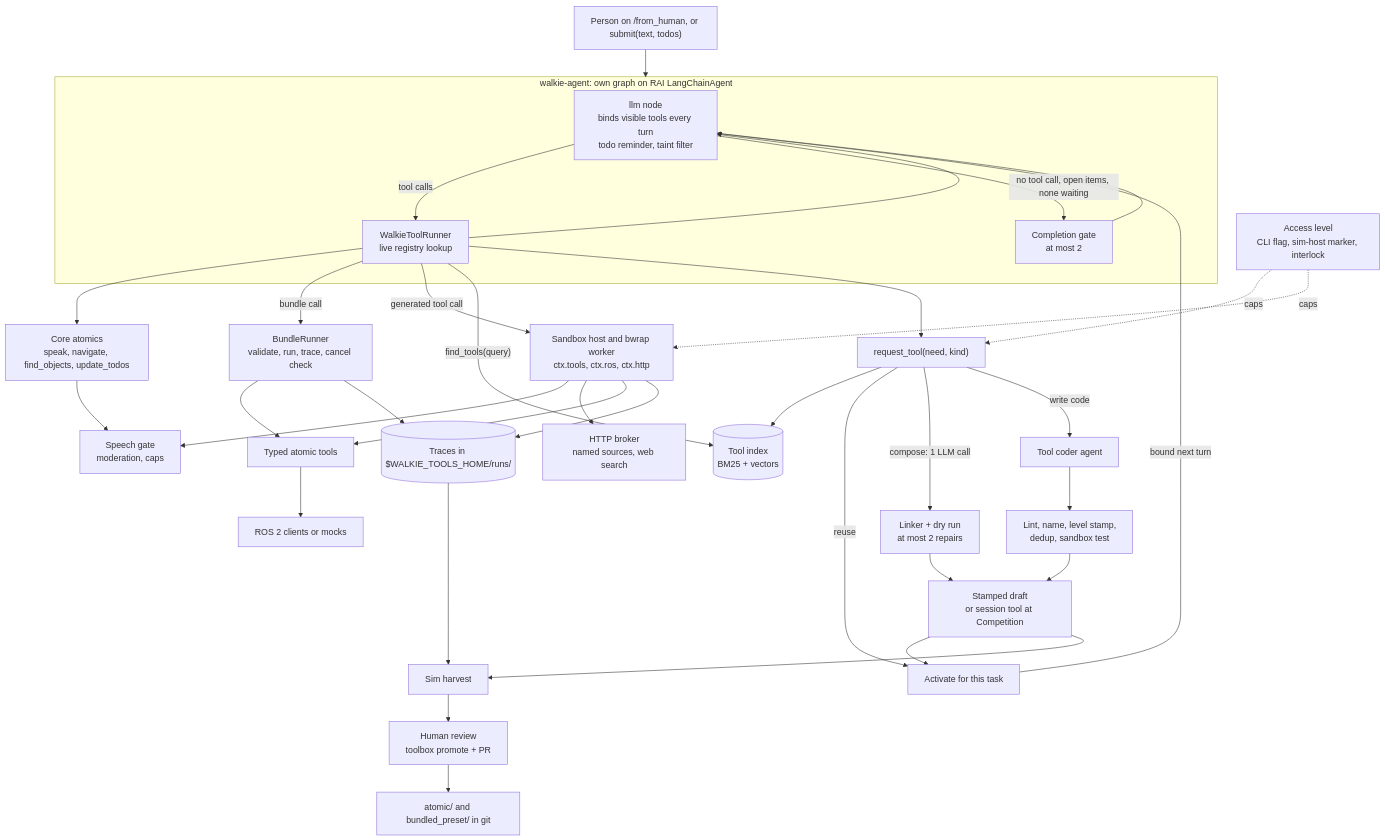
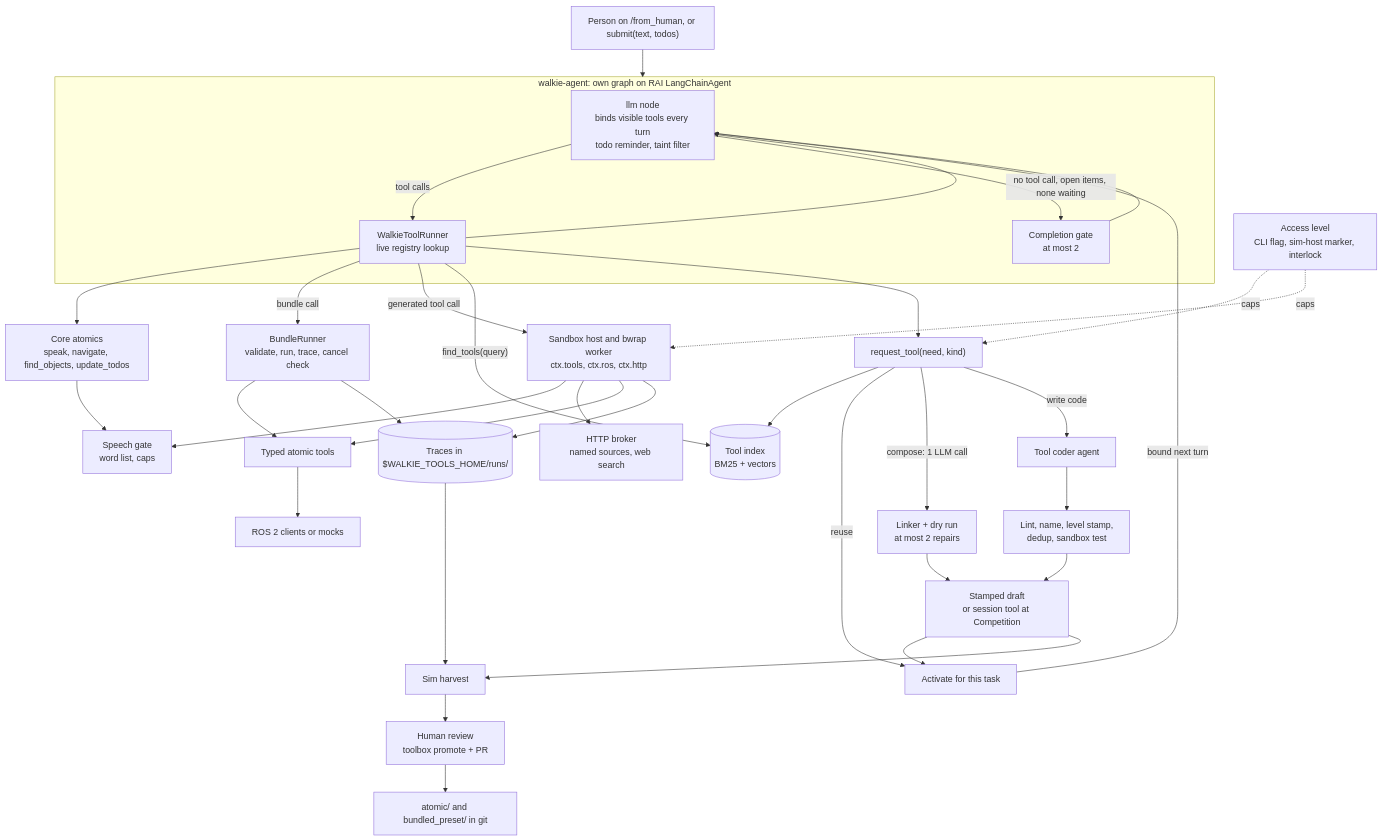
The first of 3 diagrams in docs/architecture/self-evolving-agent.md (EIC-Robocup-2026/walkie-agent-ros), drawn with Mermaid before and after one commit. The commit also changed other lines of this file and 6 other files, not shown here.

First line of the commit message:
docs: settle mid-task utterances, speech-gate moderation and search providers

````diff
--- a/docs/architecture/self-evolving-agent.md
+++ b/docs/architecture/self-evolving-agent.md
@@ -56,32 +56,32 @@
 ```mermaid
 flowchart TD
     OP["Person on /from_human, or submit(text, todos)"] --> WA
     subgraph WA["walkie-agent: own graph on RAI LangChainAgent"]
         LLM["llm node<br/>binds visible tools every turn<br/>todo reminder, taint filter"] -->|tool calls| TR["WalkieToolRunner<br/>live registry lookup"]
         TR --> LLM
         LLM -->|"no tool call, open items, none waiting"| GATE["Completion gate<br/>at most 2"]
         GATE --> LLM
     end
     LVL["Access level<br/>CLI flag, sim-host marker, interlock"] -.->|caps| RQ & HOST
     TR --> CORE["Core atomics<br/>speak, navigate, find_objects, update_todos"]
     TR -->|bundle call| RUN["BundleRunner<br/>validate, run, trace, cancel check"]
     TR -->|generated tool call| HOST["Sandbox host and bwrap worker<br/>ctx.tools, ctx.ros, ctx.http"]
-    CORE & HOST --> SG["Speech gate<br/>moderation, caps"]
+    CORE & HOST --> SG["Speech gate<br/>word list, caps"]
     HOST --> WEB["HTTP broker<br/>named sources, web search"]
     RUN & HOST --> ATOM["Typed atomic tools"]
     ATOM --> BE["ROS 2 clients or mocks"]
     TR -->|"find_tools(query)"| IDX[("Tool index<br/>BM25 + vectors")]
     TR --> RQ["request_tool(need, kind)"]
     RQ --> IDX
     RQ -->|reuse| ACT["Activate for this task"]
     RQ -->|"compose: 1 LLM call"| LINK["Linker + dry run<br/>at most 2 repairs"]
     RQ -->|write code| CODER["Tool coder agent"]
     CODER --> LINT["Lint, name, level stamp,<br/>dedup, sandbox test"]
     LINK & LINT --> DRAFT["Stamped draft<br/>or session tool at Competition"]
     DRAFT --> ACT
     ACT -->|bound next turn| LLM
     RUN & HOST --> TRACES[("Traces in $WALKIE_TOOLS_HOME/runs/")]
     TRACES & DRAFT --> HV["Sim harvest"]
     HV --> HUMAN["Human review<br/>toolbox promote + PR"]
     HUMAN --> GIT["atomic/ and bundled_preset/ in git"]
 ```
````
